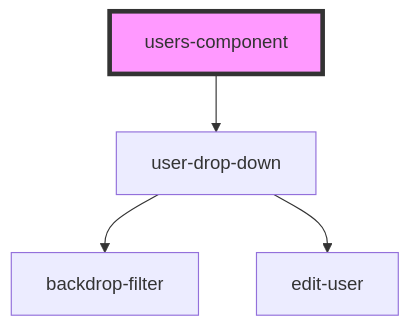
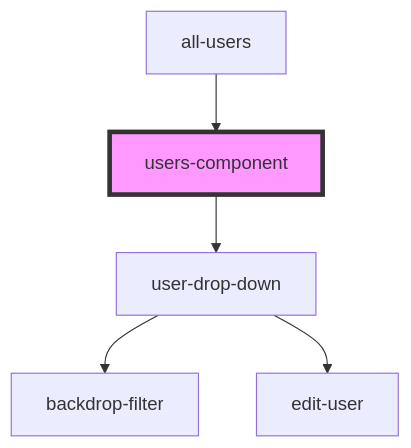
One commit to techvariable/NeptuneConnectComponents changed the diagram in src/components/usersPage/users-component/readme.md. Above: the diagram before and after it, drawn with Mermaid. The commit also changed other lines of this file and 16 other files, not shown here.

````diff
--- a/src/components/usersPage/users-component/readme.md
+++ b/src/components/usersPage/users-component/readme.md
@@ -24,7 +28,8 @@
 ```mermaid
 graph TD;
   users-component --> user-drop-down
   user-drop-down --> backdrop-filter
   user-drop-down --> edit-user
+  all-users --> users-component
   style users-component fill:#f9f,stroke:#333,stroke-width:4px
 ```
````
